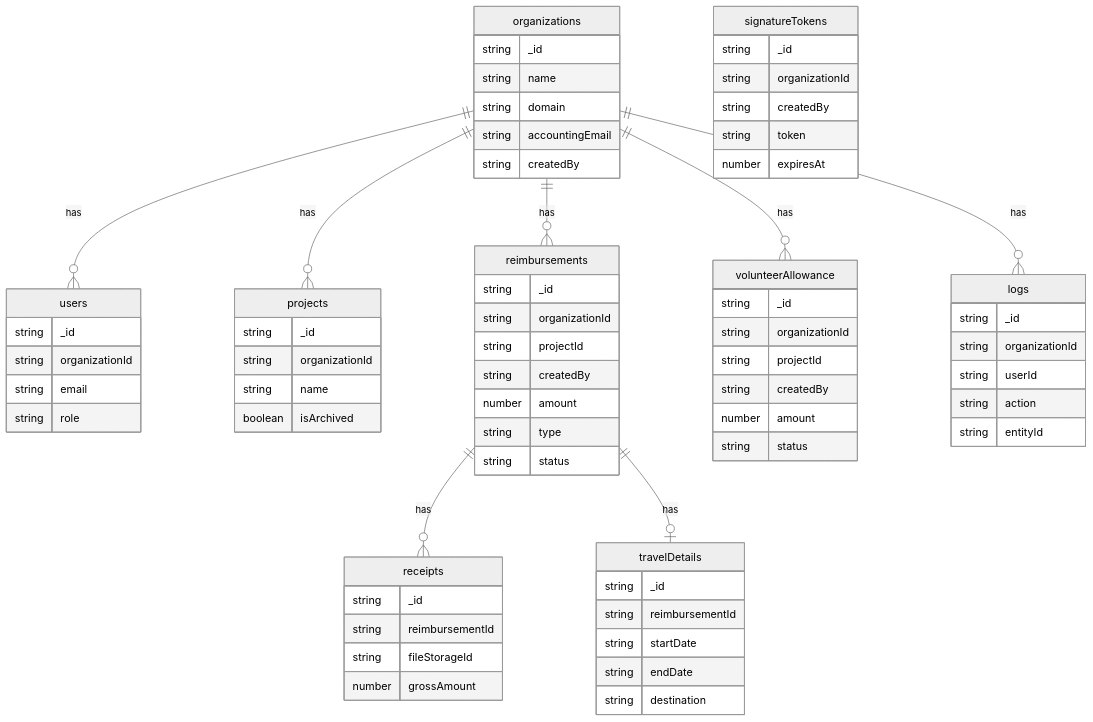
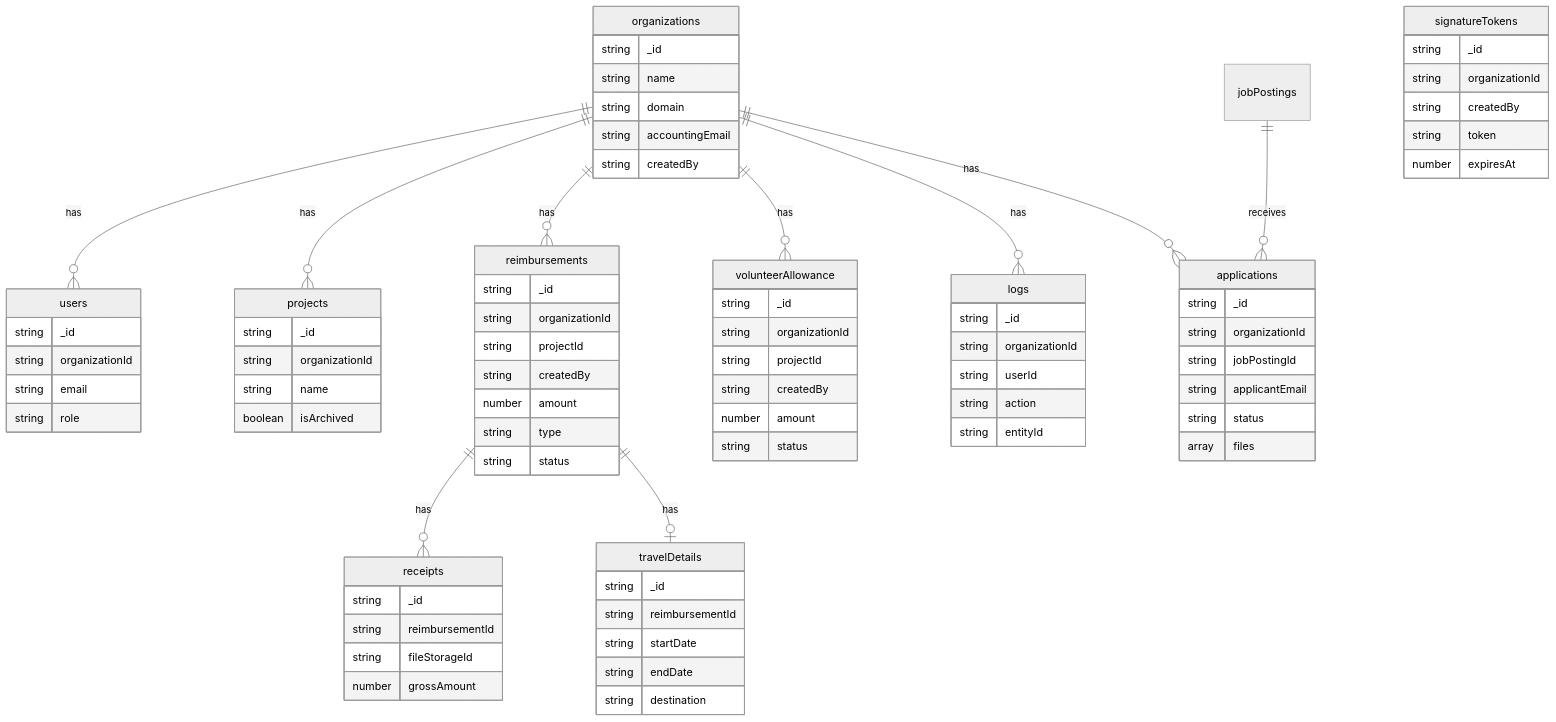
Before and after one commit to yfndev/ybase: the diagram in docs/schema.md, drawn with Mermaid (neutral theme). The commit also changed other lines of this file and 23 other files, not shown here.

```diff
--- a/docs/schema.md
+++ b/docs/schema.md
@@ -11,6 +11,8 @@
     organizations ||--o{ reimbursements : has
     organizations ||--o{ volunteerAllowance : has
     organizations ||--o{ logs : has
+    organizations ||--o{ applications : has
+    jobPostings ||--o{ applications : receives
     reimbursements ||--o{ receipts : has
     reimbursements ||--o| travelDetails : has
 
@@ -78,6 +80,15 @@
         number expiresAt
     }
 
+    applications {
+        string _id
+        string organizationId
+        string jobPostingId
+        string applicantEmail
+        string status
+        array files
+    }
+
     logs {
         string _id
         string organizationId
```
